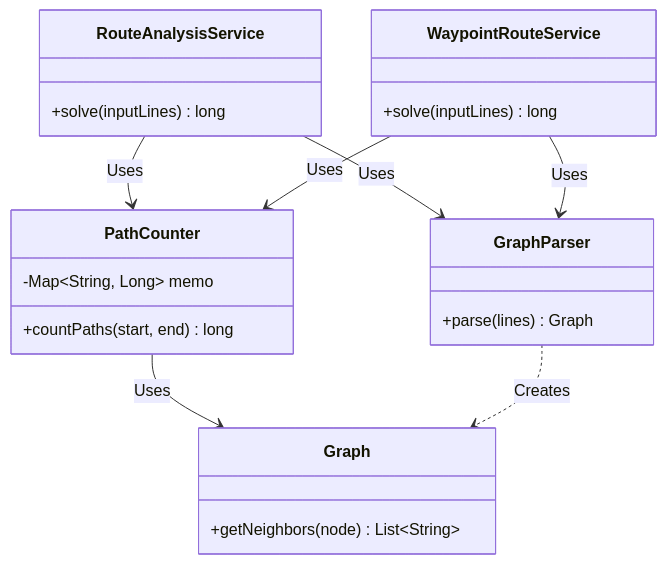
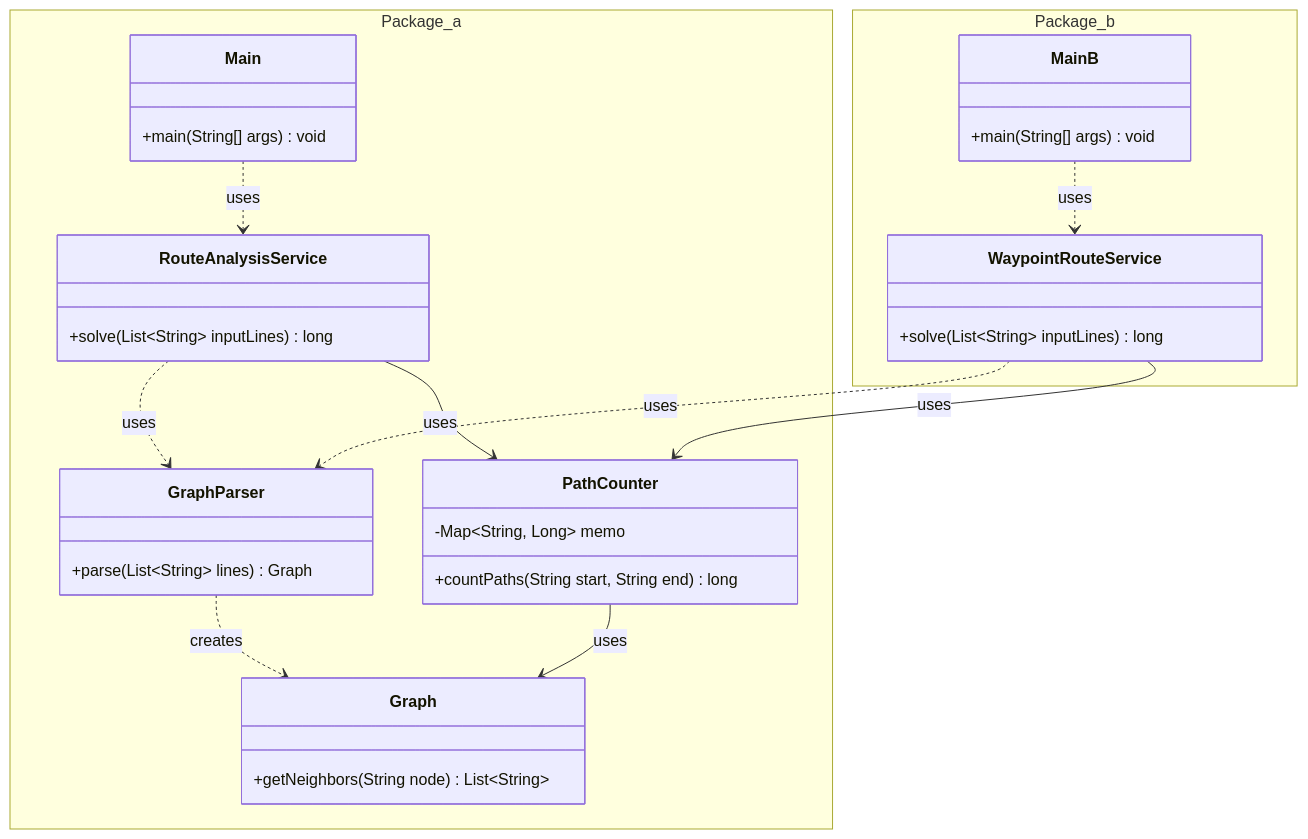
One commit to CAPi0807/AdventOfCode2025 changed the diagram in src/main/java/software/aoc/day11/ReadMe.md. Above: the diagram before and after it, drawn with Mermaid. The commit also changed other lines of this file and 9 other files, not shown here.

Commit message:
UML 7-12

````diff
--- a/src/main/java/software/aoc/day11/ReadMe.md
+++ b/src/main/java/software/aoc/day11/ReadMe.md
@@ -5,26 +10,54 @@
 ```mermaid
 classDiagram
-    class RouteAnalysisService {
-        +solve(inputLines) long
+    class Main {
+        +main(String[] args) void
     }
-    class WaypointRouteService {
-        +solve(inputLines) long
+
+    class Graph {
+        +getNeighbors(String node) List~String~
     }
+
     class GraphParser {
-        +parse(lines) Graph
+        +parse(List~String~ lines) Graph
     }
+
     class PathCounter {
         -Map~String, Long~ memo
-        +countPaths(start, end) long
-    }
-    class Graph {
-        +getNeighbors(node) List~String~
+        +countPaths(String start, String end) long
     }
 
-    RouteAnalysisService --> GraphParser : Uses
-    RouteAnalysisService --> PathCounter : Uses
-    WaypointRouteService --> GraphParser : Uses
-    WaypointRouteService --> PathCounter : Uses
-    PathCounter --> Graph : Uses
-    GraphParser ..> Graph : Creates
+    class RouteAnalysisService {
+        +solve(List~String~ inputLines) long
+    }
+
+    class MainB {
+        +main(String[] args) void
+    }
+
+    class WaypointRouteService {
+        +solve(List~String~ inputLines) long
+    }
+
+    namespace Package_a {
+        class Main
+        class Graph
+        class GraphParser
+        class PathCounter
+        class RouteAnalysisService
+    }
+
+    namespace Package_b {
+        class MainB
+        class WaypointRouteService
+    }
+
+    Main ..> RouteAnalysisService : uses
+    RouteAnalysisService ..> GraphParser : uses
+    RouteAnalysisService --> PathCounter : uses
+    GraphParser ..> Graph : creates
+    PathCounter --> Graph : uses
+
+    MainB ..> WaypointRouteService : uses
+    WaypointRouteService ..> GraphParser : uses
+    WaypointRouteService --> PathCounter : uses
 ```
````
